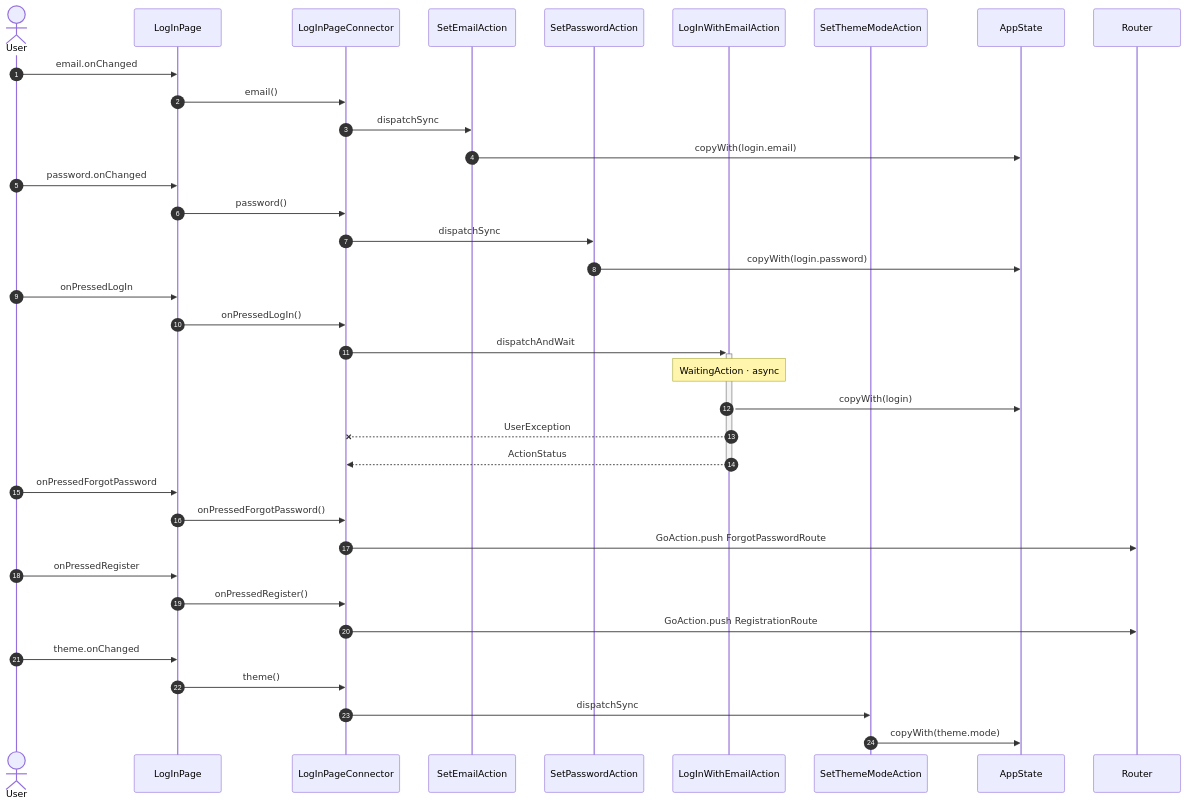
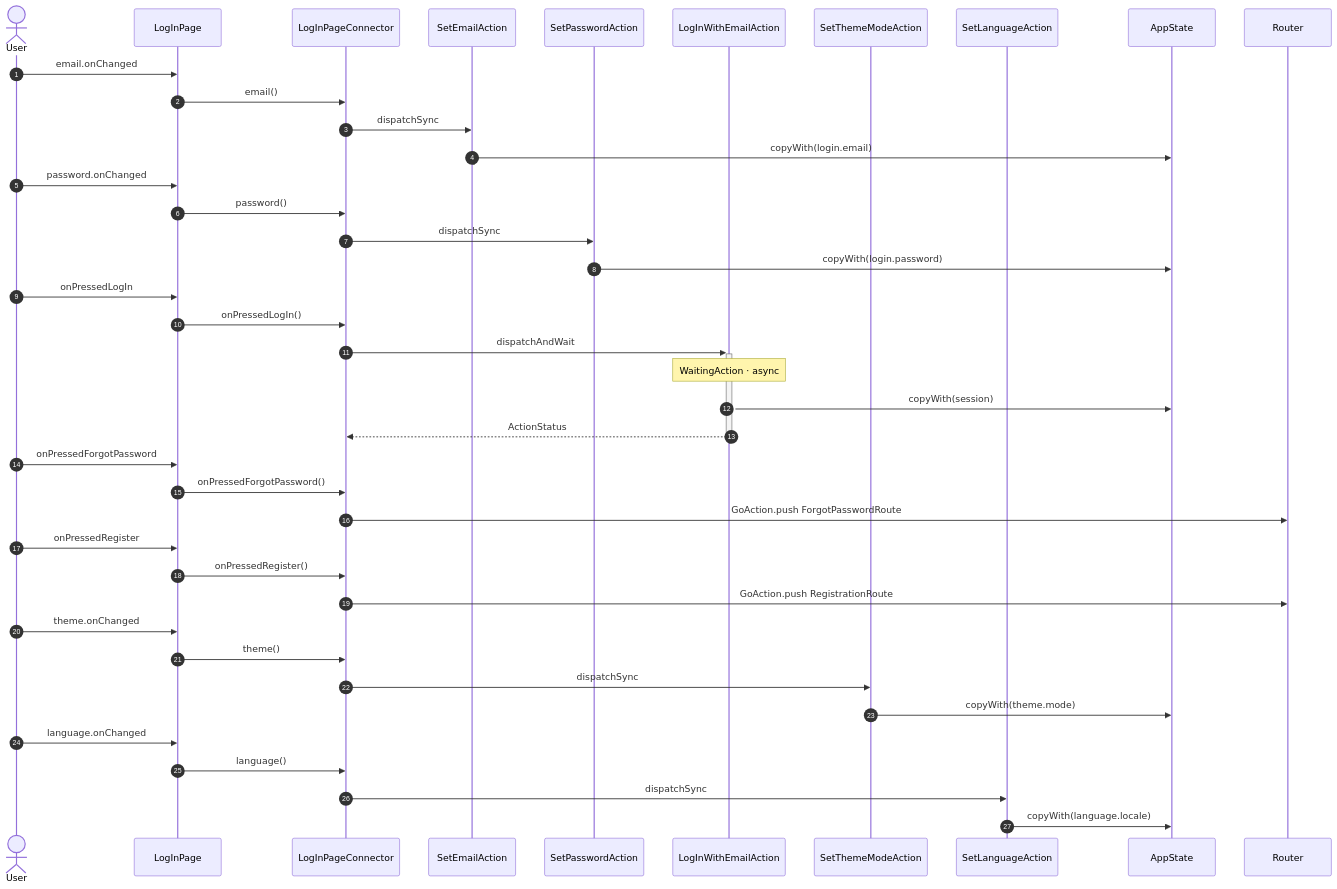
Before and after one commit to pro100andrey/flutter_redux_templates: the diagram in docs/flows/logIn.md, drawn with Mermaid. The commit also changed other lines of this file and 18 other files, not shown here.

First line of the commit message:
template: the session and the language get a writer

````diff
--- a/docs/flows/logIn.md
+++ b/docs/flows/logIn.md
@@ -7,44 +7,49 @@
 ```mermaid
 sequenceDiagram
     autonumber
     actor User
     participant UI as LogInPage
     participant VM as LogInPageConnector
     participant A1 as SetEmailAction
     participant A2 as SetPasswordAction
     participant A3 as LogInWithEmailAction
     participant A4 as SetThemeModeAction
+    participant A5 as SetLanguageAction
     participant ST as AppState
     participant NAV as Router
 
     User->>UI: email.onChanged
     UI->>VM: email()
     VM->>A1: dispatchSync
     A1->>ST: copyWith(login.email)
 
     User->>UI: password.onChanged
     UI->>VM: password()
     VM->>A2: dispatchSync
     A2->>ST: copyWith(login.password)
 
     User->>UI: onPressedLogIn
     UI->>VM: onPressedLogIn()
     VM->>+A3: dispatchAndWait
     Note over A3: WaitingAction · async
-    A3->>ST: copyWith(login)
-    A3--xVM: UserException
+    A3->>ST: copyWith(session)
     A3-->>-VM: ActionStatus
 
     User->>UI: onPressedForgotPassword
     UI->>VM: onPressedForgotPassword()
     VM->>NAV: GoAction.push ForgotPasswordRoute
 
     User->>UI: onPressedRegister
     UI->>VM: onPressedRegister()
     VM->>NAV: GoAction.push RegistrationRoute
 
     User->>UI: theme.onChanged
     UI->>VM: theme()
     VM->>A4: dispatchSync
     A4->>ST: copyWith(theme.mode)
+
+    User->>UI: language.onChanged
+    UI->>VM: language()
+    VM->>A5: dispatchSync
+    A5->>ST: copyWith(language.locale)
 ```
````
